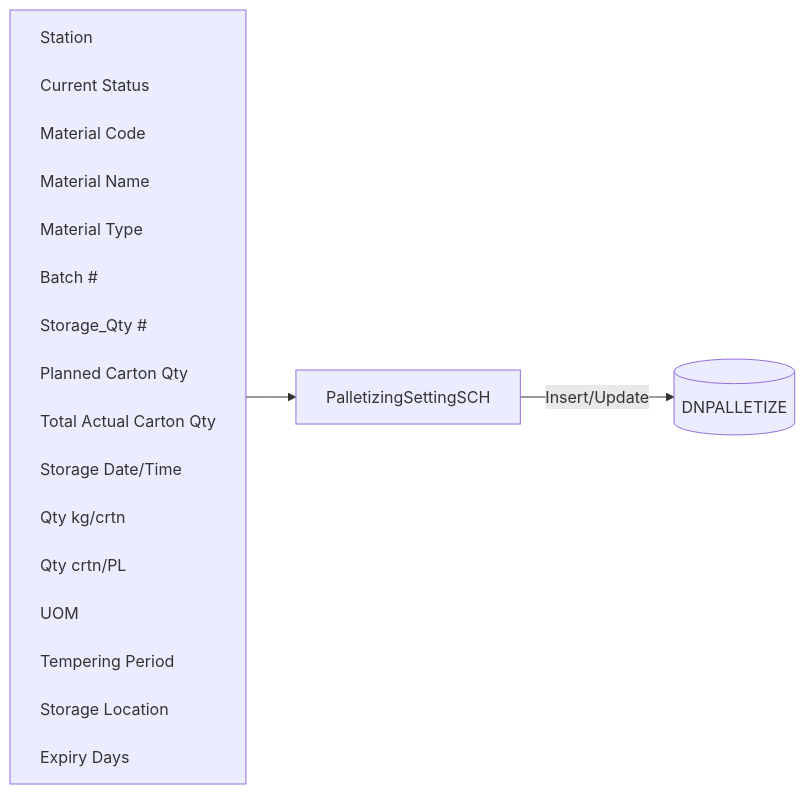
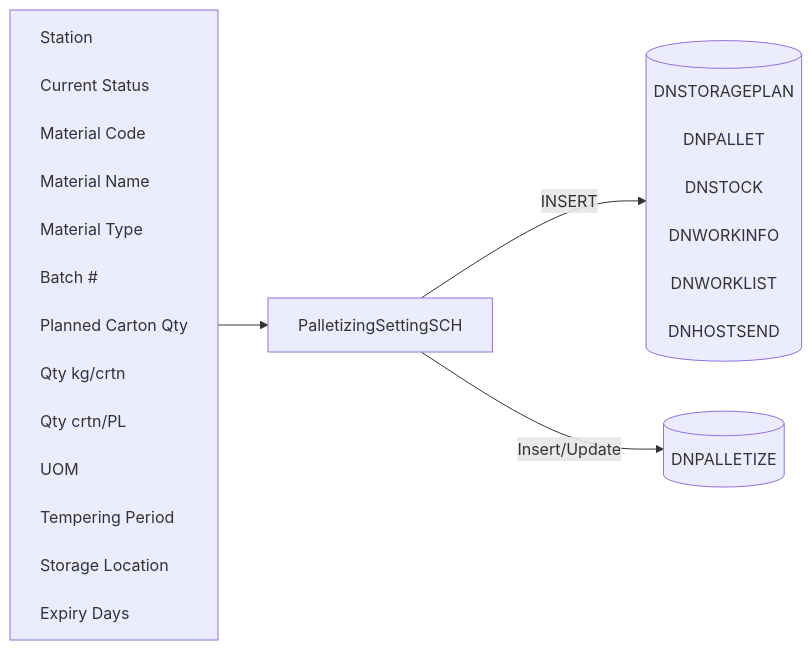
The diagram in Basic-Design/DFD-WMS/Storage/Palletizing-Settting/Batch-End.md (luthfiadityaa/SimeDarby-Wiki), drawn with Mermaid before and after one commit.

Commit message:
Updated Batch End

```diff
--- a/Basic-Design/DFD-WMS/Storage/Palletizing-Settting/Batch-End.md
+++ b/Basic-Design/DFD-WMS/Storage/Palletizing-Settting/Batch-End.md
@@ -21,33 +21,39 @@
 ::: mermaid
 flowchart LR
     input[
         Station<br>
         Current Status<br>
         Material Code<br>
         Material Name<br>
         Material Type<br>
         Batch #<br>
-        Storage_Qty #<br>
         Planned Carton Qty<br>
-        Total Actual Carton Qty<br>
-        Storage Date/Time<br>
         Qty kg/crtn<br>
         Qty crtn/PL<br>
         UOM<br>
         Tempering Period<br>
         Storage Location<br>
         Expiry Days<br>
     ]
 
     tableList-insert-update[("
         DNPALLETIZE<br>
     ")]
 
+    tableList-insert[("
+        DNSTORAGEPLAN<br>
+        DNPALLET<br>
+        DNSTOCK<br>
+        DNWORKINFO<br>
+        DNWORKLIST<br>
+        DNHOSTSEND<br>
+    ")]
+
     className[PalletizingSettingSCH]
 
-    input --> className --> |Insert/Update| tableList-insert-update
+    input --> className --> |INSERT| tableList-insert
+    className --> |Insert/Update| tableList-insert-update
 
     classDef leftAlign text-align:left;
     class input leftAlign;
-
 :::
```
